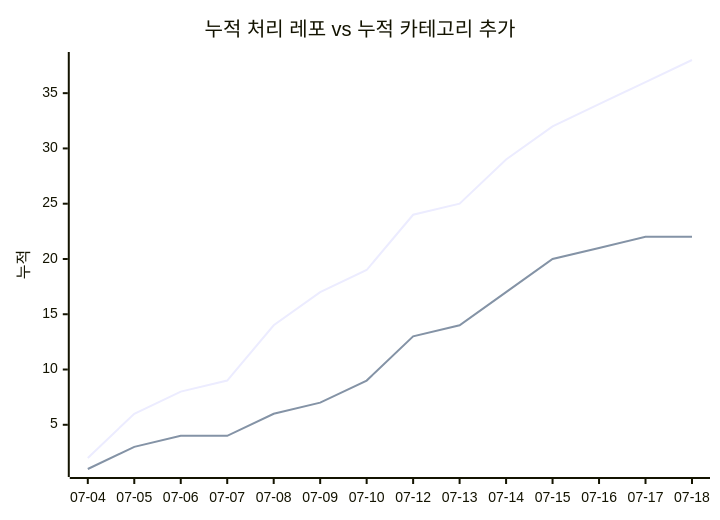
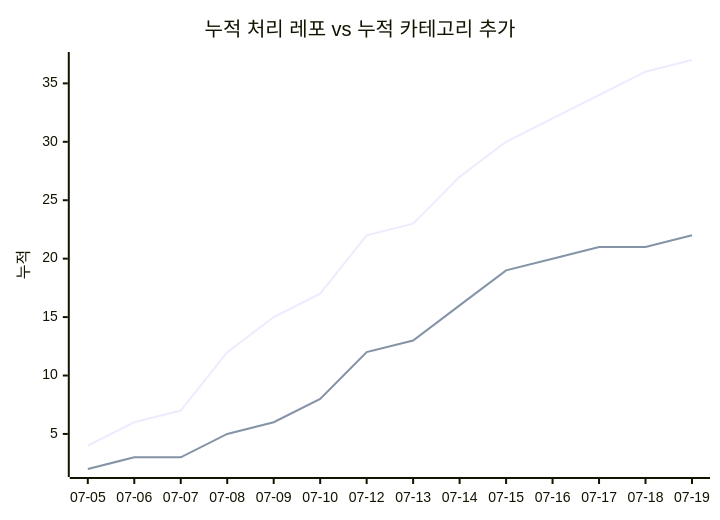
Before and after one commit to J-nowcow/awesome-korean-agent-skills: the second of 2 diagrams in docs/trends.md, drawn with Mermaid. The commit also changed other lines of this file and 4 other files, not shown here.

````diff
--- a/docs/trends.md
+++ b/docs/trends.md
@@ -68,8 +68,8 @@
 ```mermaid
 xychart-beta
     title "누적 처리 레포 vs 누적 카테고리 추가"
-    x-axis ["07-04","07-05","07-06","07-07","07-08","07-09","07-10","07-12","07-13","07-14","07-15","07-16","07-17","07-18"]
+    x-axis ["07-05","07-06","07-07","07-08","07-09","07-10","07-12","07-13","07-14","07-15","07-16","07-17","07-18","07-19"]
     y-axis "누적"
-    line [2,6,8,9,14,17,19,24,25,29,32,34,36,38]
-    line [1,3,4,4,6,7,9,13,14,17,20,21,22,22]
+    line [4,6,7,12,15,17,22,23,27,30,32,34,36,37]
+    line [2,3,3,5,6,8,12,13,16,19,20,21,21,22]
 ```
````
